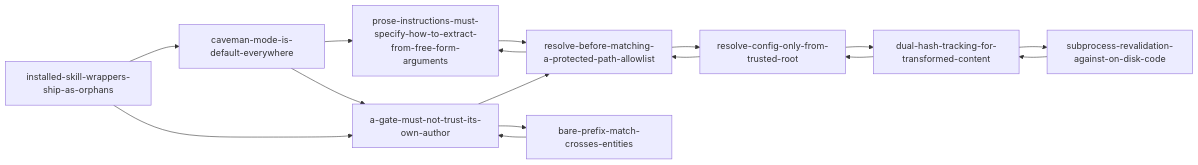
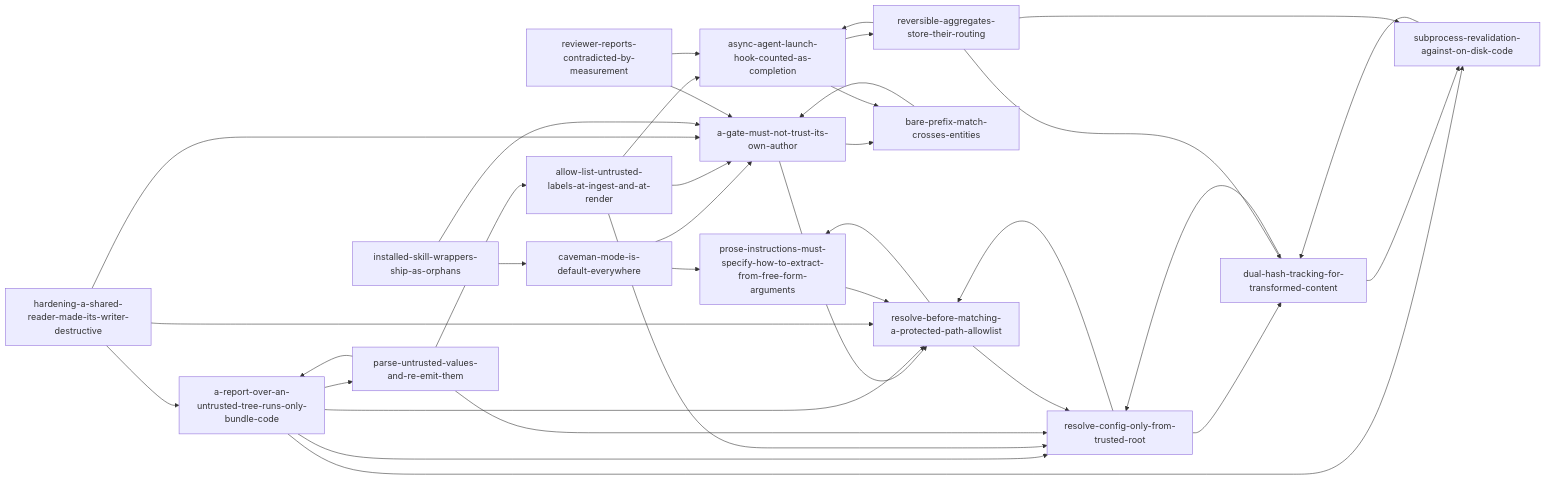
Before and after one commit to masterpol/ai-workflow: the diagram in .project/knowledge/index.md, drawn with Mermaid. The commit also changed other lines of this file and 71 other files, not shown here.

````diff
--- a/.project/knowledge/index.md
+++ b/.project/knowledge/index.md
@@ -61,18 +87,38 @@
 ```mermaid
 graph LR
   caveman-mode-is-default-everywhere --> prose-instructions-must-specify-how-to-extract-from-free-form-arguments
   caveman-mode-is-default-everywhere --> a-gate-must-not-trust-its-own-author
   a-gate-must-not-trust-its-own-author --> resolve-before-matching-a-protected-path-allowlist
   a-gate-must-not-trust-its-own-author --> bare-prefix-match-crosses-entities
+  a-report-over-an-untrusted-tree-runs-only-bundle-code --> subprocess-revalidation-against-on-disk-code
+  a-report-over-an-untrusted-tree-runs-only-bundle-code --> resolve-config-only-from-trusted-root
+  a-report-over-an-untrusted-tree-runs-only-bundle-code --> resolve-before-matching-a-protected-path-allowlist
+  a-report-over-an-untrusted-tree-runs-only-bundle-code --> parse-untrusted-values-and-re-emit-them
+  allow-list-untrusted-labels-at-ingest-and-at-render --> resolve-config-only-from-trusted-root
+  allow-list-untrusted-labels-at-ingest-and-at-render --> a-gate-must-not-trust-its-own-author
+  allow-list-untrusted-labels-at-ingest-and-at-render --> async-agent-launch-hook-counted-as-completion
   dual-hash-tracking-for-transformed-content --> subprocess-revalidation-against-on-disk-code
   dual-hash-tracking-for-transformed-content --> resolve-config-only-from-trusted-root
+  parse-untrusted-values-and-re-emit-them --> allow-list-untrusted-labels-at-ingest-and-at-render
+  parse-untrusted-values-and-re-emit-them --> resolve-config-only-from-trusted-root
+  parse-untrusted-values-and-re-emit-them --> a-report-over-an-untrusted-tree-runs-only-bundle-code
   resolve-before-matching-a-protected-path-allowlist --> resolve-config-only-from-trusted-root
   resolve-before-matching-a-protected-path-allowlist --> prose-instructions-must-specify-how-to-extract-from-free-form-arguments
   resolve-config-only-from-trusted-root --> dual-hash-tracking-for-transformed-content
   resolve-config-only-from-trusted-root --> resolve-before-matching-a-protected-path-allowlist
+  reversible-aggregates-store-their-routing --> subprocess-revalidation-against-on-disk-code
+  reversible-aggregates-store-their-routing --> dual-hash-tracking-for-transformed-content
+  reversible-aggregates-store-their-routing --> async-agent-launch-hook-counted-as-completion
   subprocess-revalidation-against-on-disk-code --> dual-hash-tracking-for-transformed-content
+  async-agent-launch-hook-counted-as-completion --> bare-prefix-match-crosses-entities
+  async-agent-launch-hook-counted-as-completion --> reversible-aggregates-store-their-routing
   bare-prefix-match-crosses-entities --> a-gate-must-not-trust-its-own-author
+  hardening-a-shared-reader-made-its-writer-destructive --> a-report-over-an-untrusted-tree-runs-only-bundle-code
+  hardening-a-shared-reader-made-its-writer-destructive --> resolve-before-matching-a-protected-path-allowlist
+  hardening-a-shared-reader-made-its-writer-destructive --> a-gate-must-not-trust-its-own-author
   installed-skill-wrappers-ship-as-orphans --> caveman-mode-is-default-everywhere
   installed-skill-wrappers-ship-as-orphans --> a-gate-must-not-trust-its-own-author
   prose-instructions-must-specify-how-to-extract-from-free-form-arguments --> resolve-before-matching-a-protected-path-allowlist
+  reviewer-reports-contradicted-by-measurement --> async-agent-launch-hook-counted-as-completion
+  reviewer-reports-contradicted-by-measurement --> a-gate-must-not-trust-its-own-author
 ```
````
